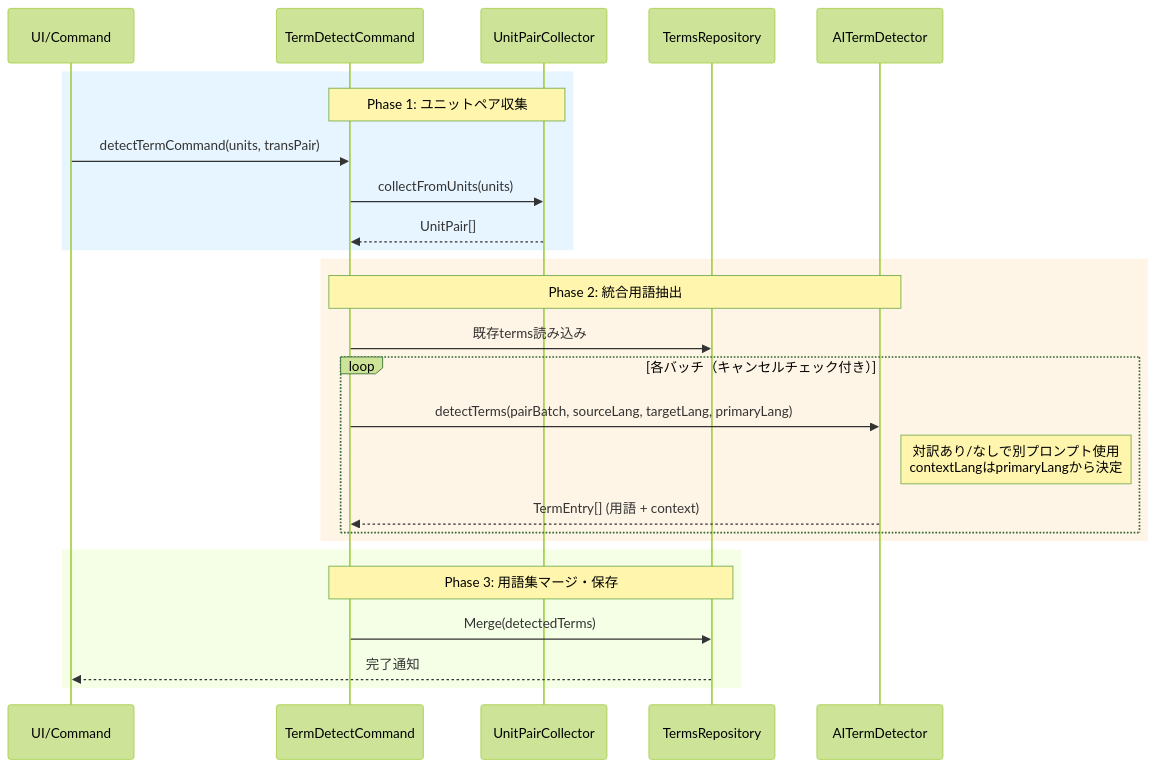
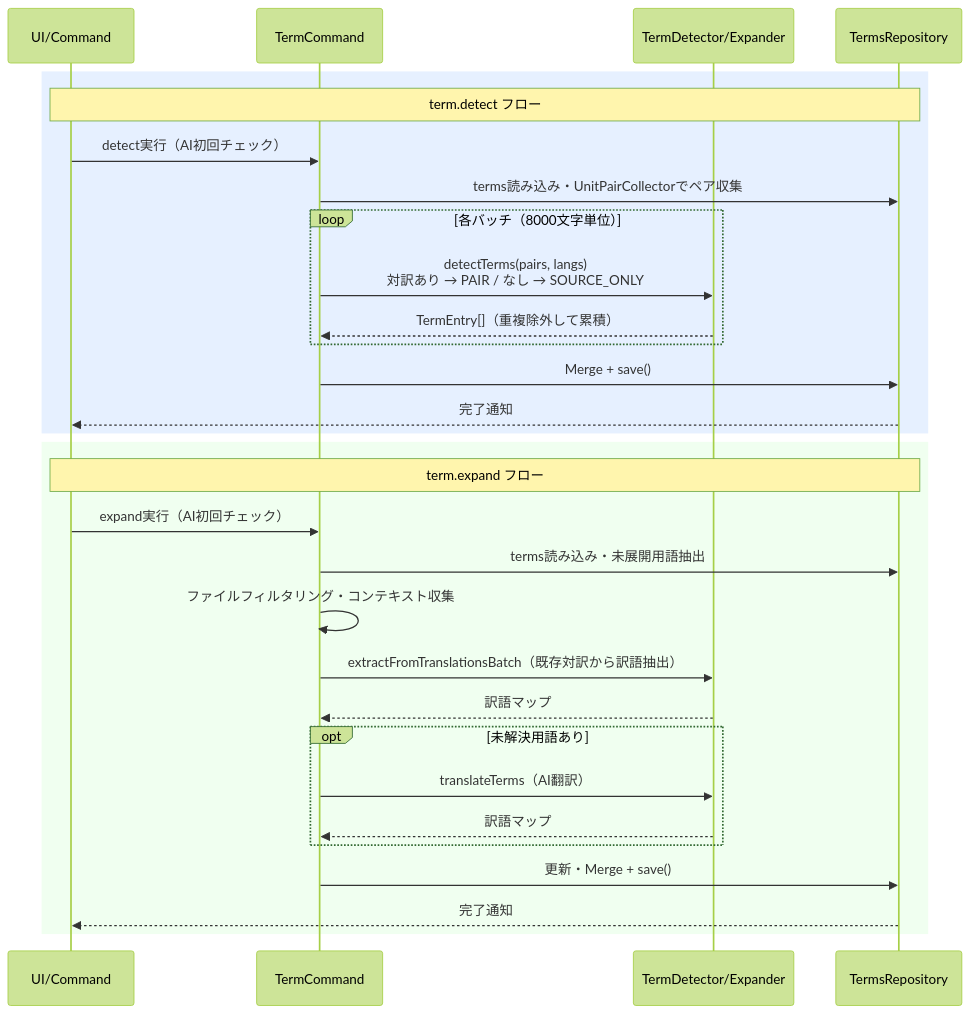
The diagram in docs/command_term.md (mochimochiki/mdait), drawn with Mermaid (forest theme) before and after one commit. The commit also changed other lines of this file and 13 other files, not shown here.

````diff
--- a/docs/command_term.md
+++ b/docs/command_term.md
@@ -68,31 +79,34 @@
 ```mermaid
 sequenceDiagram
-	participant UX as UI/Command
-	participant Cmd as TermDetectCommand
-	participant Collector as UnitPairCollector
-	participant Repo as TermsRepository
-	participant AI as AITermDetector
+    participant User as UI/Command
+    participant Cmd as TermCommand
+    participant AI as TermDetector/Expander
+    participant Repo as TermsRepository
 
-	rect rgb(230, 245, 255)
-		Note over Cmd,Collector: Phase 1: ユニットペア収集
-		UX->>Cmd: detectTermCommand(units, transPair)
-		Cmd->>Collector: collectFromUnits(units)
-		Collector-->>Cmd: UnitPair[]
-	end
+    rect rgb(230, 240, 255)
+        Note over User,Repo: term.detect フロー
+        User->>Cmd: detect実行（AI初回チェック）
+        Cmd->>Repo: terms読み込み・UnitPairCollectorでペア収集
+        loop 各バッチ（8000文字単位）
+            Cmd->>AI: detectTerms(pairs, langs)<br/>対訳あり → PAIR / なし → SOURCE_ONLY
+            AI-->>Cmd: TermEntry[]（重複除外して累積）
+        end
+        Cmd->>Repo: Merge + save()
+        Repo-->>User: 完了通知
+    end
 
-	rect rgb(255, 245, 230)
-		Note over Cmd,AI: Phase 2: 統合用語抽出
-		Cmd->>Repo: 既存terms読み込み
-		loop 各バッチ（キャンセルチェック付き）
-			Cmd->>AI: detectTerms(pairBatch, sourceLang, targetLang, primaryLang)
-			Note right of AI: 対訳あり/なしで別プロンプト使用<br/>contextLangはprimaryLangから決定
-			AI-->>Cmd: TermEntry[] (用語 + context)
-		end
-	end
-
-	rect rgb(245, 255, 230)
-		Note over Cmd,Repo: Phase 3: 用語集マージ・保存
-		Cmd->>Repo: Merge(detectedTerms)
-		Repo-->>UX: 完了通知
-	end
+    rect rgb(240, 255, 240)
+        Note over User,Repo: term.expand フロー
+        User->>Cmd: expand実行（AI初回チェック）
+        Cmd->>Repo: terms読み込み・未展開用語抽出
+        Cmd->>Cmd: ファイルフィルタリング・コンテキスト収集
+        Cmd->>AI: extractFromTranslationsBatch（既存対訳から訳語抽出）
+        AI-->>Cmd: 訳語マップ
+        opt 未解決用語あり
+            Cmd->>AI: translateTerms（AI翻訳）
+            AI-->>Cmd: 訳語マップ
+        end
+        Cmd->>Repo: 更新・Merge + save()
+        Repo-->>User: 完了通知
+    end
 ```
````
